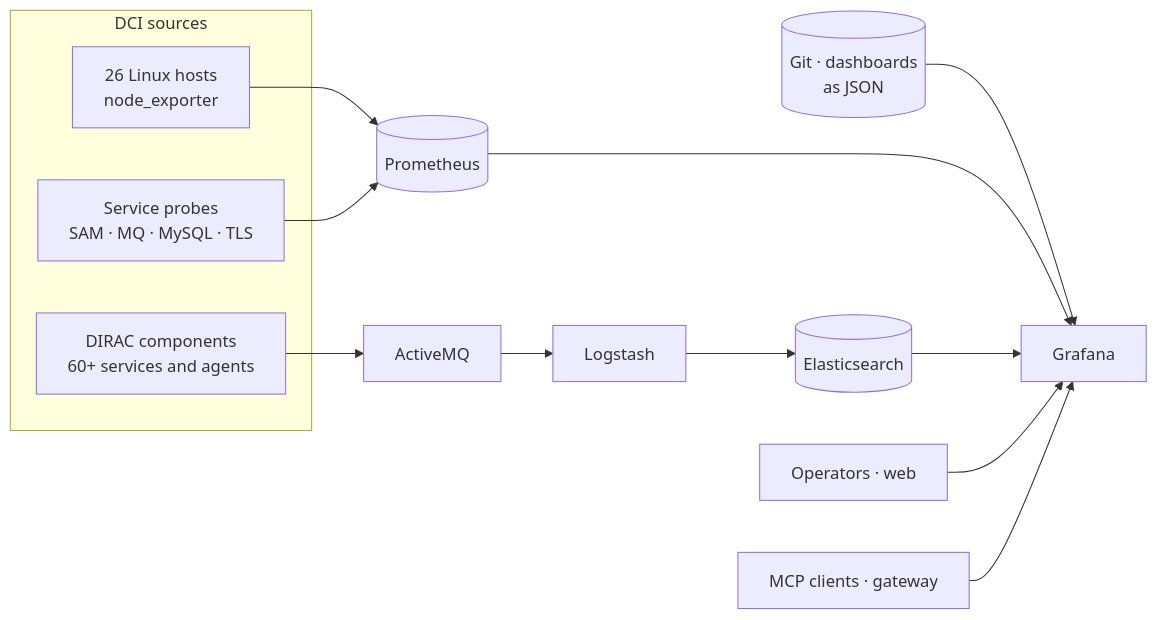
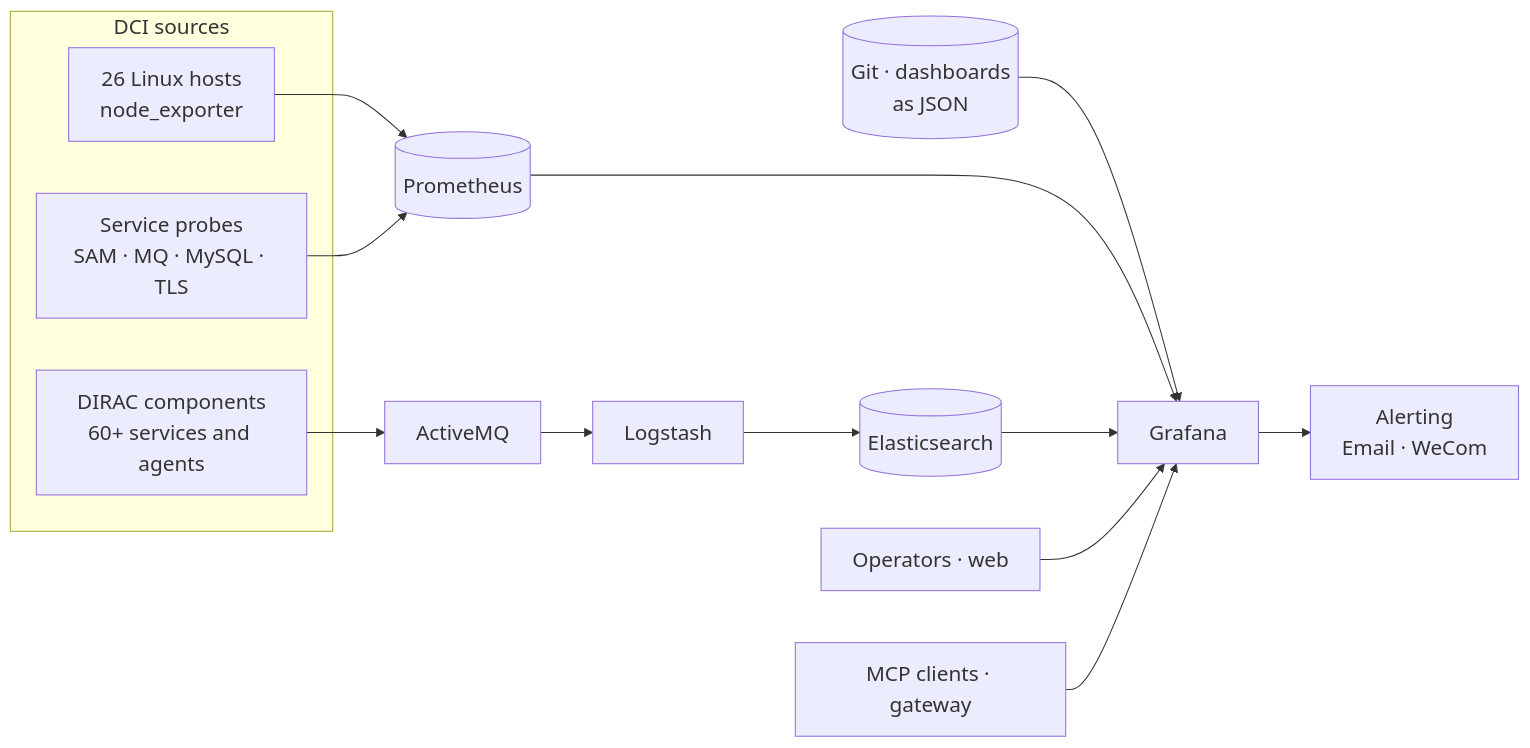
Before and after one commit to hanx-hep/2026-cepc-dci: the first of 5 diagrams in slides.md, drawn with Mermaid. The commit also changed other lines of this file, not shown here.

Commit message:
feat: show email and WeCom alerts in monitoring architecture

````diff
--- a/slides.md
+++ b/slides.md
@@ -84,19 +84,21 @@
 ```mermaid {scale: 0.52}
+%%{init: {"themeVariables": {"fontSize": "20px"}}}%%
 flowchart LR
     subgraph S[DCI sources]
         H[26 Linux hosts<br/>node_exporter]
         P[Service probes<br/>SAM · MQ · MySQL · TLS]
         L[DIRAC components<br/>60+ services and agents]
     end
 
     H --> PR[(Prometheus)]
     P --> PR
     L --> MQ[ActiveMQ] --> LS[Logstash] --> ES[(Elasticsearch)]
 
     GIT[(Git · dashboards<br/>as JSON)] --> G[Grafana]
     PR --> G
     ES --> G
+    G --> N[Alerting<br/>Email · WeCom]
 
     O[Operators · web] --> G
     A[MCP clients · gateway] --> G
 ```
````
